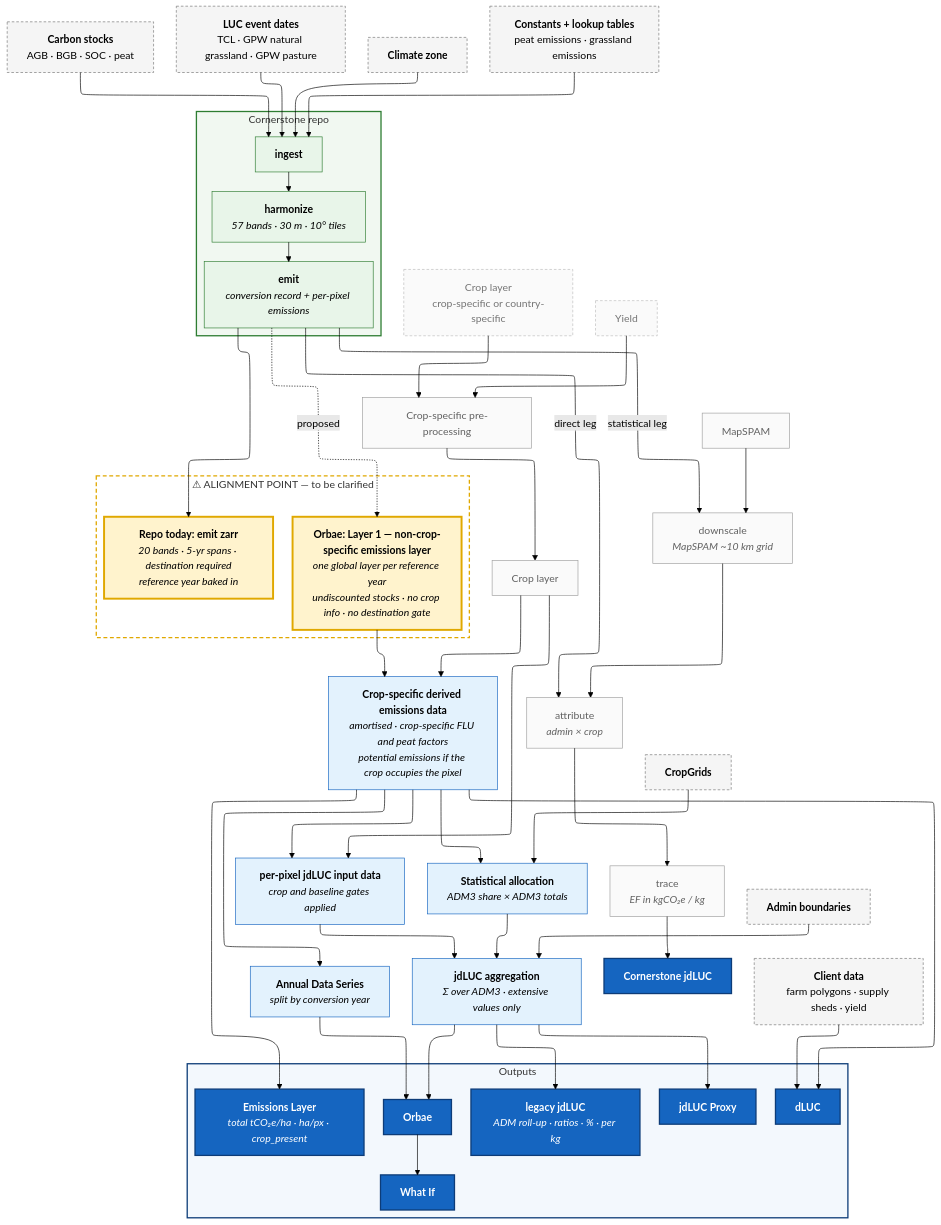
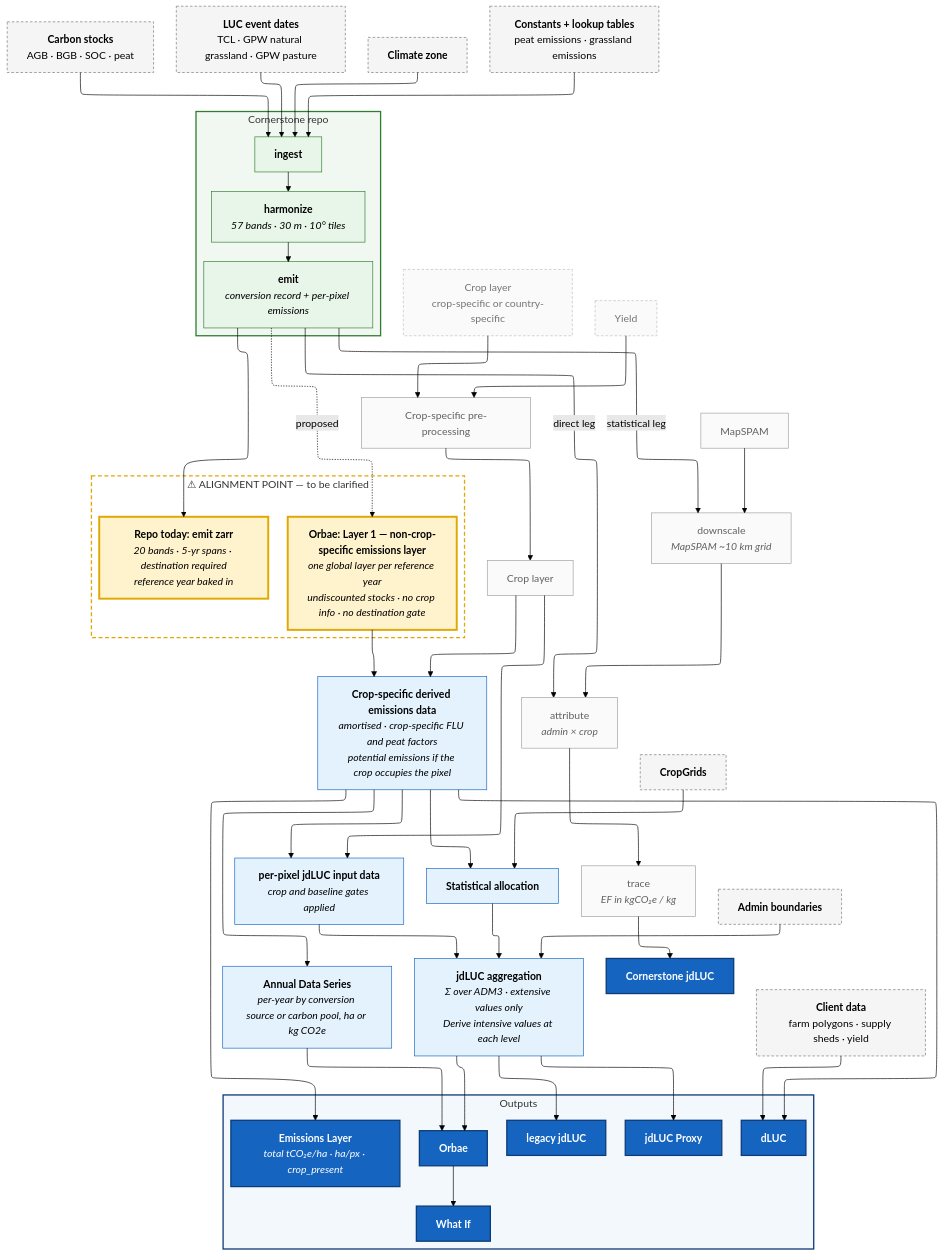
The diagram in docs/orbae/overall_data_flow.md (AdAstraEco/cornerstone_luc), drawn with Mermaid (forest theme) before and after one commit. The commit also changed other lines of this file, not shown here.

Commit message:
docs(orbae): trim data flow doc to the chart; refine detail lines

```diff
--- a/docs/orbae/overall_data_flow.md
+++ b/docs/orbae/overall_data_flow.md
@@ -75,11 +70,11 @@
   newjd["`**per-pixel jdLUC input data**
   *crop and baseline gates applied*`"]
   annual["`**Annual Data Series**
-  *split by conversion year*`"]
+  *per-year by conversion source or carbon pool, ha or kg CO2e*`"]
   jdagg["`**jdLUC aggregation**
-  *Σ over ADM3 · extensive values only*`"]
-  statalloc["`**Statistical allocation**
-  *ADM3 share × ADM3 totals*`"]
+  *Σ over ADM3 · extensive values only*
+  *Derive intensive values at each level*`"]
+  statalloc["`**Statistical allocation**`"]
   L1 --> L2
   croplayer --> L2
   croplayer --> newjd
@@ -103,8 +98,7 @@
 
   %% ───────────── outputs ─────────────
   subgraph outputs["Outputs"]
-    legacyjd["`**legacy jdLUC**
-    *ADM roll-up · ratios · % · per kg*`"]
+    legacyjd["`**legacy jdLUC**`"]
     orbae_app["`**Orbae**`"]
     whatif["`**What If**`"]
     L3["`**Emissions Layer**
```
